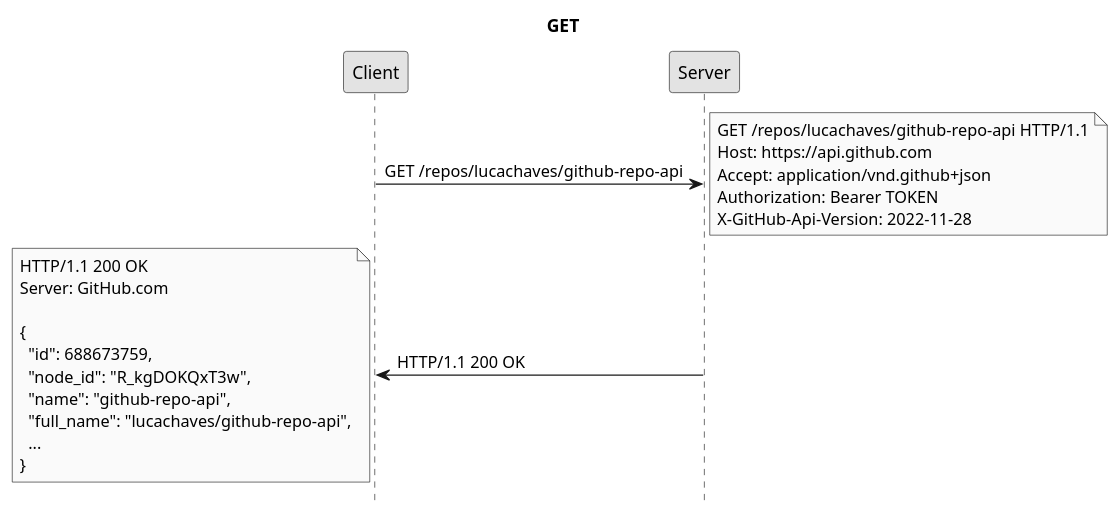
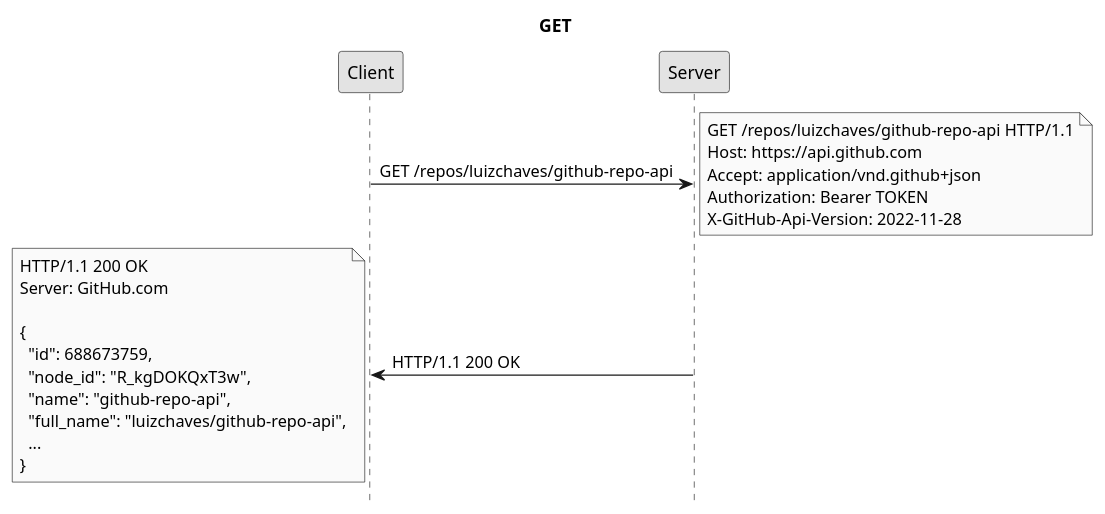
The diagram in public/imgs/api/rest/github-get-repository.pu (ifpb/ls), drawn with PlantUML before and after one commit. The commit also changed 13 other files, not shown here.

```diff
--- a/public/imgs/api/rest/github-get-repository.pu
+++ b/public/imgs/api/rest/github-get-repository.pu
@@ -1,10 +1,10 @@
 @startuml
 title GET
 hide footbox
 skinparam monochrome true
 
-Client -> Server: GET /repos/lucachaves/github-repo-api
-note right: GET /repos/lucachaves/github-repo-api HTTP/1.1\nHost: https://api.github.com\nAccept: application/vnd.github+json\nAuthorization: Bearer TOKEN\nX-GitHub-Api-Version: 2022-11-28
+Client -> Server: GET /repos/luizchaves/github-repo-api
+note right: GET /repos/luizchaves/github-repo-api HTTP/1.1\nHost: https://api.github.com\nAccept: application/vnd.github+json\nAuthorization: Bearer TOKEN\nX-GitHub-Api-Version: 2022-11-28
 Server -> Client: HTTP/1.1 200 OK
-note left: HTTP/1.1 200 OK\nServer: GitHub.com\n\n{\n  "id": 688673759,\n  "node_id": "R_kgDOKQxT3w",\n  "name": "github-repo-api",\n  "full_name": "lucachaves/github-repo-api",\n  ...\n}
+note left: HTTP/1.1 200 OK\nServer: GitHub.com\n\n{\n  "id": 688673759,\n  "node_id": "R_kgDOKQxT3w",\n  "name": "github-repo-api",\n  "full_name": "luizchaves/github-repo-api",\n  ...\n}
 @enduml
```
